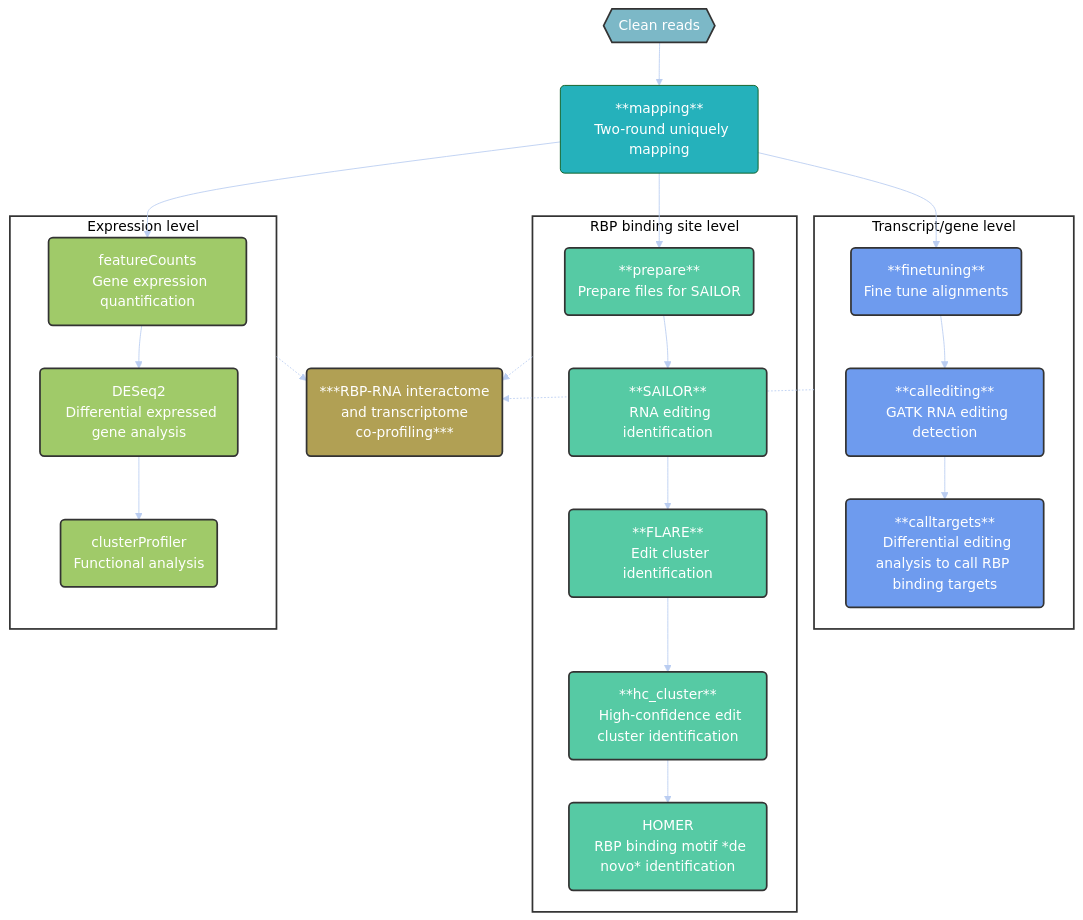
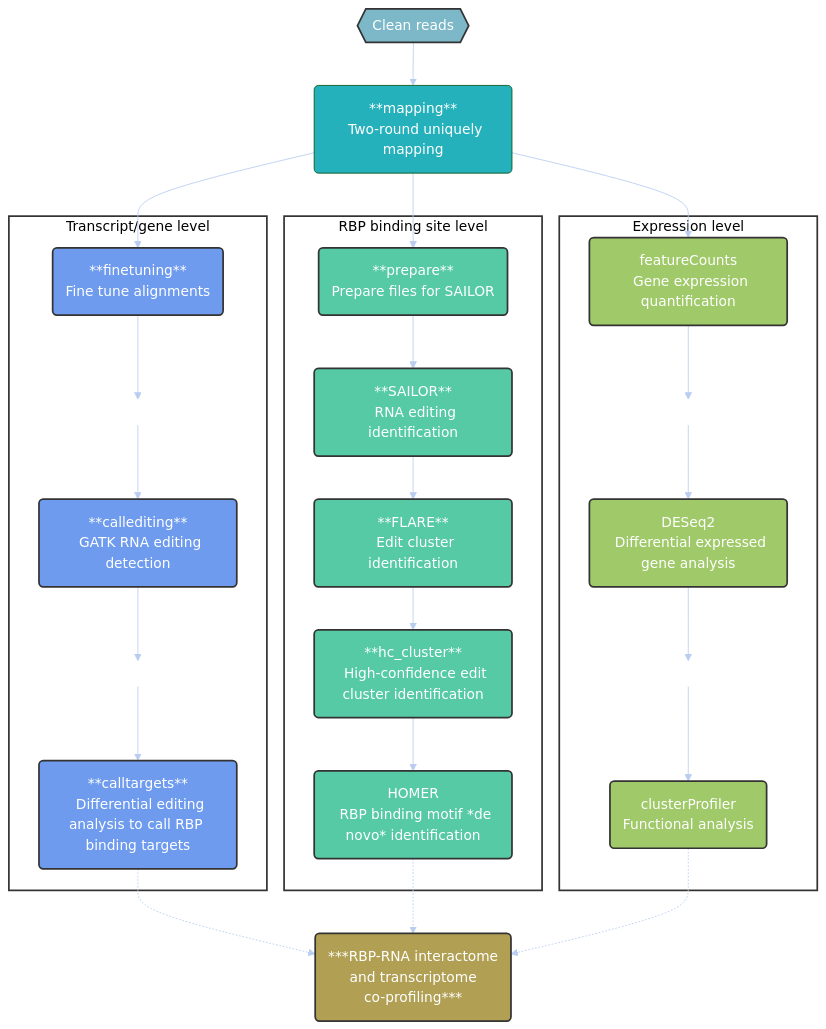
Before and after one commit to WangLabPKU/MAPIT-seq: the diagram in README.md, drawn with Mermaid.

Commit message:
mermaid_TD

````diff
--- a/README.md
+++ b/README.md
@@ -269,9 +269,9 @@
   Two-round uniquely mapping);
   B-->C(**finetuning**
   Fine tune alignments);
-  C-->D(**callediting**
+  C-->X1[ ]-->D(**callediting**
   GATK RNA editing detection);
-  D-->E(**calltargets**
+  D-->X2[ ]-->E(**calltargets**
   Differential editing analysis to call RBP binding targets)
   B-->F(**prepare**
   Prepare files for SAILOR);
@@ -285,13 +285,15 @@
   RBP binding motif *de novo* identification)
   B-->K(featureCounts
   Gene expression quantification)
-  K-->L(DESeq2
+  K-->X3[ ]-->L(DESeq2
   Differential expressed gene analysis)
-  L-->M(clusterProfiler
+  L-->X4[ ]-->M(clusterProfiler
   Functional analysis)
 subgraph A1[Transcript/gene level]
   C
+  X1
   D
+  X2
   E
 end
 subgraph A2[RBP binding site level]
@@ -303,15 +305,17 @@
 end
 subgraph A3[Expression level]
   K
+  X3
   L
+  X4
   M
 end
   N(***RBP-RNA interactome
   and transcriptome
   co-profiling***)
-  A1-.->N
-  A2-.->N
-  A3-.->N
+  E-.->N
+  J-.->N
+  M-.->N
 
 style A fill: #7cb8c7ff,stroke:#333,stroke-width:2px;
 style C fill: #6e9beeff,stroke:#333,stroke-width:2px;
@@ -326,7 +330,11 @@
 style L fill: #a0ca69ff,stroke:#333,stroke-width:2px;
 style M fill: #a0ca69ff,stroke:#333,stroke-width:2px;
 style N fill: #b1a054ff,stroke:#333,stroke-width:2px;
-style A1 fill: #ffffff,stroke:#333,stroke-width:2px;
-style A2 fill: #ffffff,stroke:#333,stroke-width:2px;
-style A3 fill: #ffffff,stroke:#333,stroke-width:2px;
+style X1 fill: #ffffff00,stroke:#ffffff00,stroke-width:2px;
+style X2 fill: #ffffff00,stroke:#ffffff00,stroke-width:2px;
+style X3 fill: #ffffff00,stroke:#ffffff00,stroke-width:2px;
+style X4 fill: #ffffff00,stroke:#ffffff00,stroke-width:2px;
+style A1 fill: #ffffff16,stroke:#333,stroke-width:2px;
+style A2 fill: #ffffff16,stroke:#333,stroke-width:2px;
+style A3 fill: #ffffff16,stroke:#333,stroke-width:2px;
 ```
````
